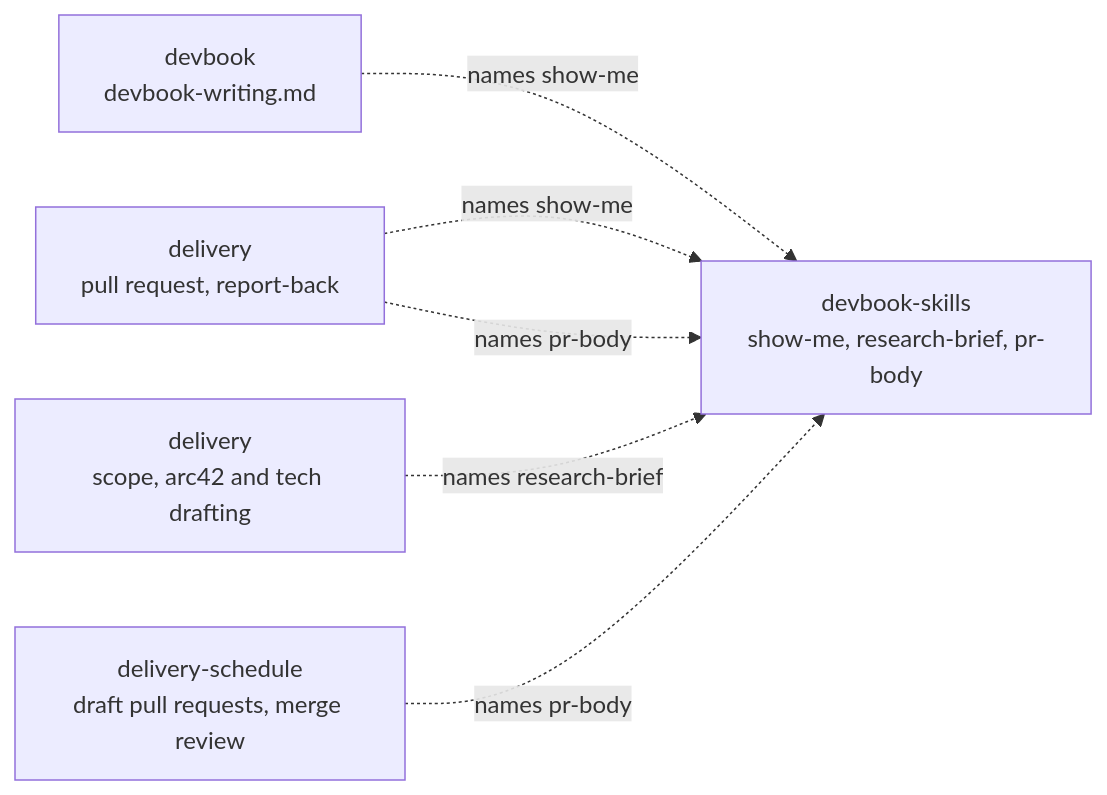
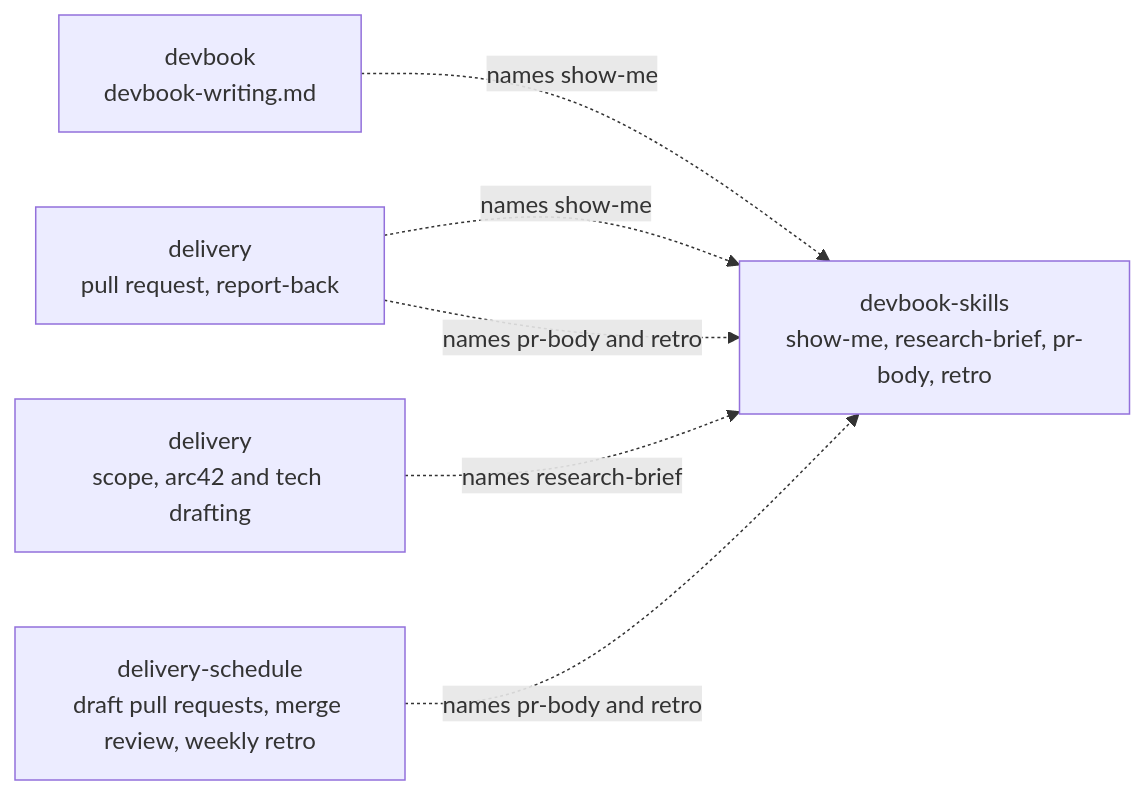
Before and after one commit to JSdotNet/ai-agent-stack: the diagram in .devbook/arc42/building-blocks/devbook-skills.md, drawn with Mermaid. The commit also changed other lines of this file and 14 other files, not shown here.

First line of the commit message:
devbook-skills: add retro, the one set of retro lenses

````diff
--- a/.devbook/arc42/building-blocks/devbook-skills.md
+++ b/.devbook/arc42/building-blocks/devbook-skills.md
@@ -117,8 +141,8 @@
 ```mermaid
 flowchart LR
-    DEV["devbook<br/>devbook-writing.md"] -.->|"names show-me"| SK["devbook-skills<br/>show-me, research-brief, pr-body"]
+    DEV["devbook<br/>devbook-writing.md"] -.->|"names show-me"| SK["devbook-skills<br/>show-me, research-brief, pr-body, retro"]
     DEL["delivery<br/>pull request, report-back"] -.->|"names show-me"| SK
     DELS["delivery<br/>scope, arc42 and tech drafting"] -.->|"names research-brief"| SK
-    DEL -.->|"names pr-body"| SK
-    SCH["delivery-schedule<br/>draft pull requests, merge review"] -.->|"names pr-body"| SK
+    DEL -.->|"names pr-body and retro"| SK
+    SCH["delivery-schedule<br/>draft pull requests, merge review, weekly retro"] -.->|"names pr-body and retro"| SK
 ```
````
